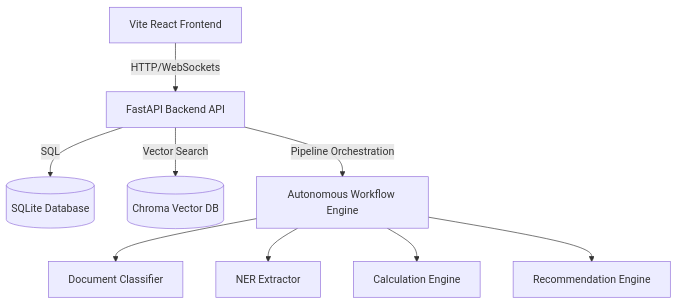
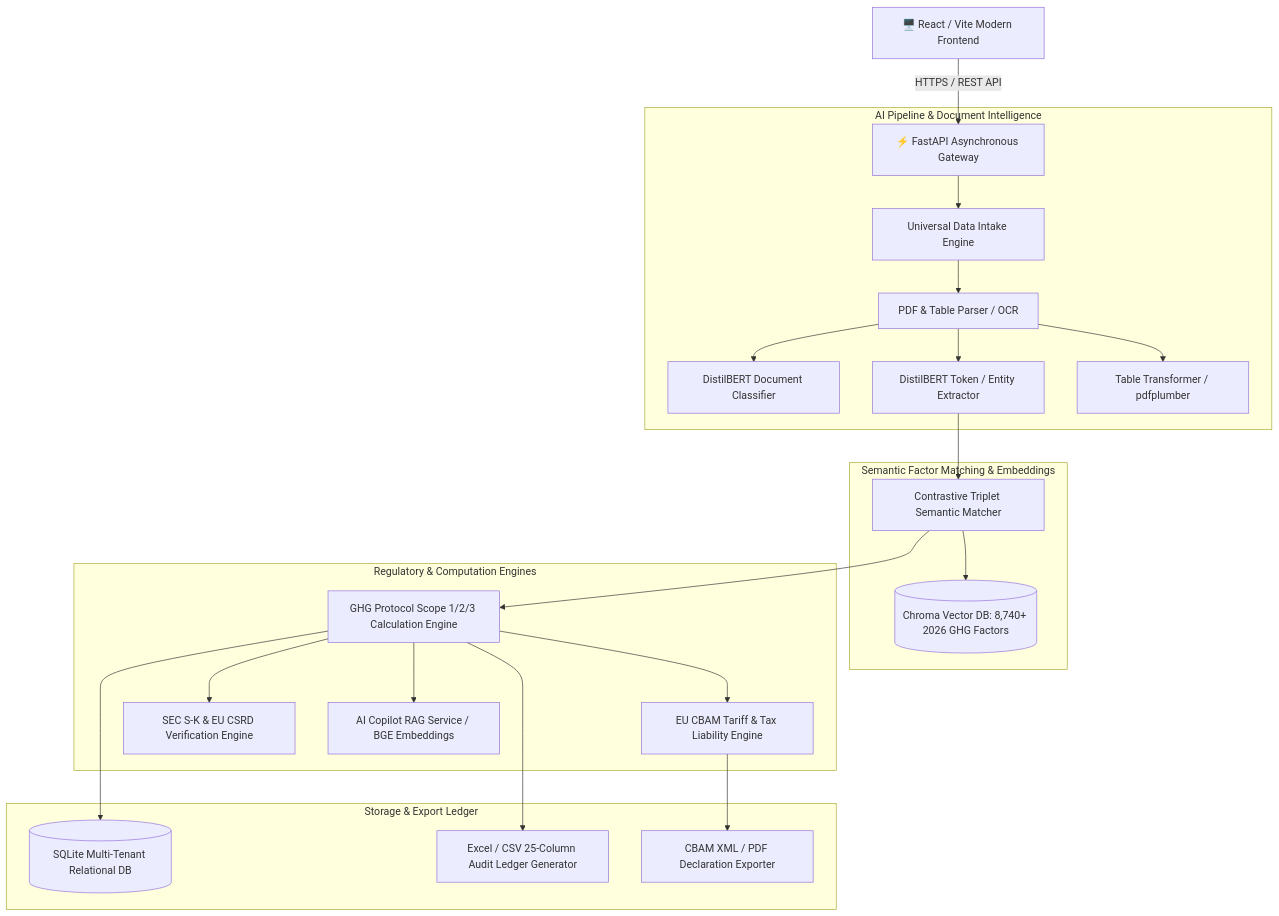
One commit to kayastha12/Carbonledger changed the diagram in README.md. Above: the diagram before and after it, drawn with Mermaid. The commit also changed other lines of this file and 5 other files, not shown here.

Commit message:
docs: update README with live demo links, architecture diagram, and platform screenshots

````diff
--- a/README.md
+++ b/README.md
@@ -11,11 +77,30 @@
 ```mermaid
 graph TD
-    A[Vite React Frontend] -->|HTTP/WebSockets| B[FastAPI Backend API]
-    B -->|SQL| C[(SQLite Database)]
-    B -->|Vector Search| D[(Chroma Vector DB)]
-    B -->|Pipeline Orchestration| E[Autonomous Workflow Engine]
-    E --> F[Document Classifier]
-    E --> G[NER Extractor]
-    E --> H[Calculation Engine]
-    E --> I[Recommendation Engine]
+    UI[🖥️ React / Vite Modern Frontend] -->|HTTPS / REST API| API[⚡ FastAPI Asynchronous Gateway]
+    
+    subgraph AI Pipeline & Document Intelligence
+        API --> INTAKE[Universal Data Intake Engine]
+        INTAKE --> PARSER[PDF & Table Parser / OCR]
+        PARSER --> CLF[DistilBERT Document Classifier]
+        PARSER --> NER[DistilBERT Token / Entity Extractor]
+        PARSER --> TBL[Table Transformer / pdfplumber]
+    end
+    
+    subgraph Semantic Factor Matching & Embeddings
+        NER --> MATCHER[Contrastive Triplet Semantic Matcher]
+        MATCHER --> VDB[(Chroma Vector DB: 8,740+ 2026 GHG Factors)]
+    end
+    
+    subgraph Regulatory & Computation Engines
+        MATCHER --> CALC[GHG Protocol Scope 1/2/3 Calculation Engine]
+        CALC --> CBAM_ENG[EU CBAM Tariff & Tax Liability Engine]
+        CALC --> COMPL[SEC S-K & EU CSRD Verification Engine]
+        CALC --> RAG[AI Copilot RAG Service / BGE Embeddings]
+    end
+    
+    subgraph Storage & Export Ledger
+        CALC --> SQL[(SQLite Multi-Tenant Relational DB)]
+        CALC --> EXP[Excel / CSV 25-Column Audit Ledger Generator]
+        CBAM_ENG --> XML[CBAM XML / PDF Declaration Exporter]
+    end
 ```
````
